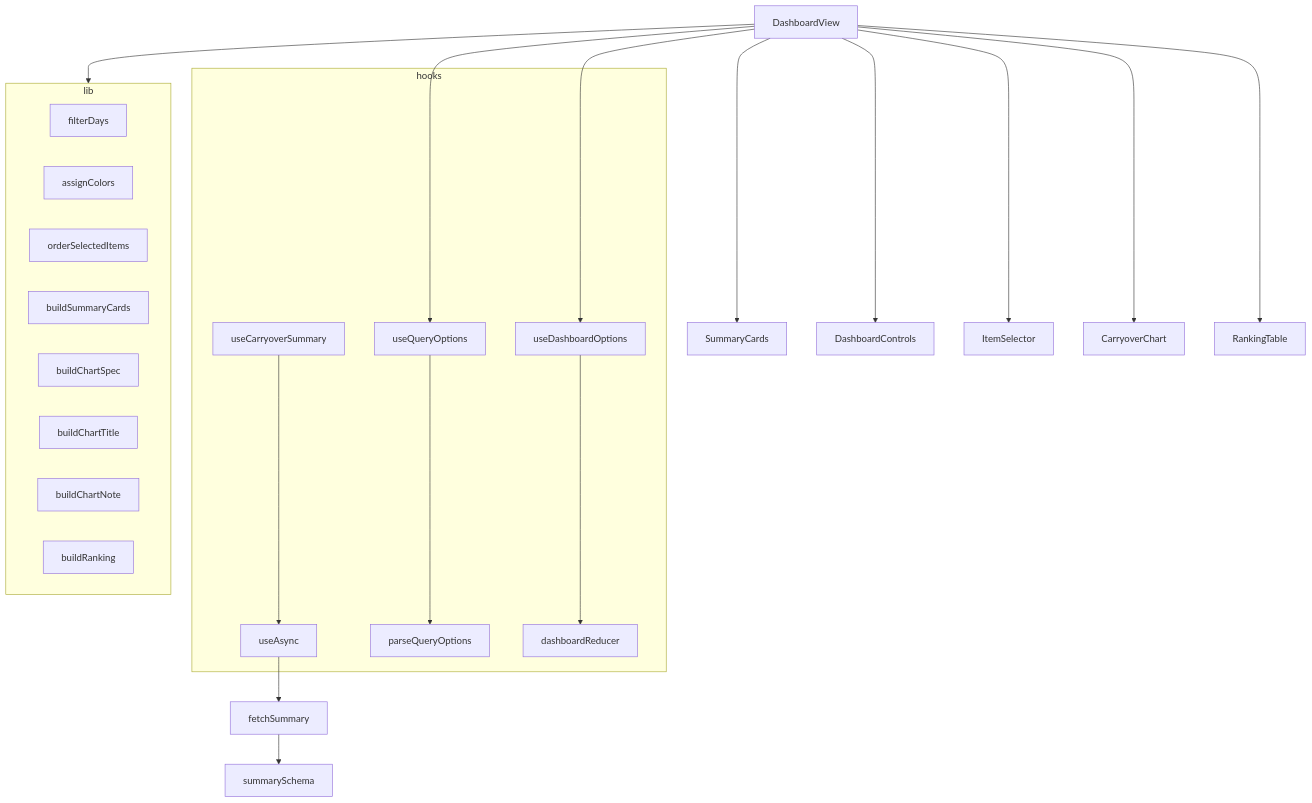
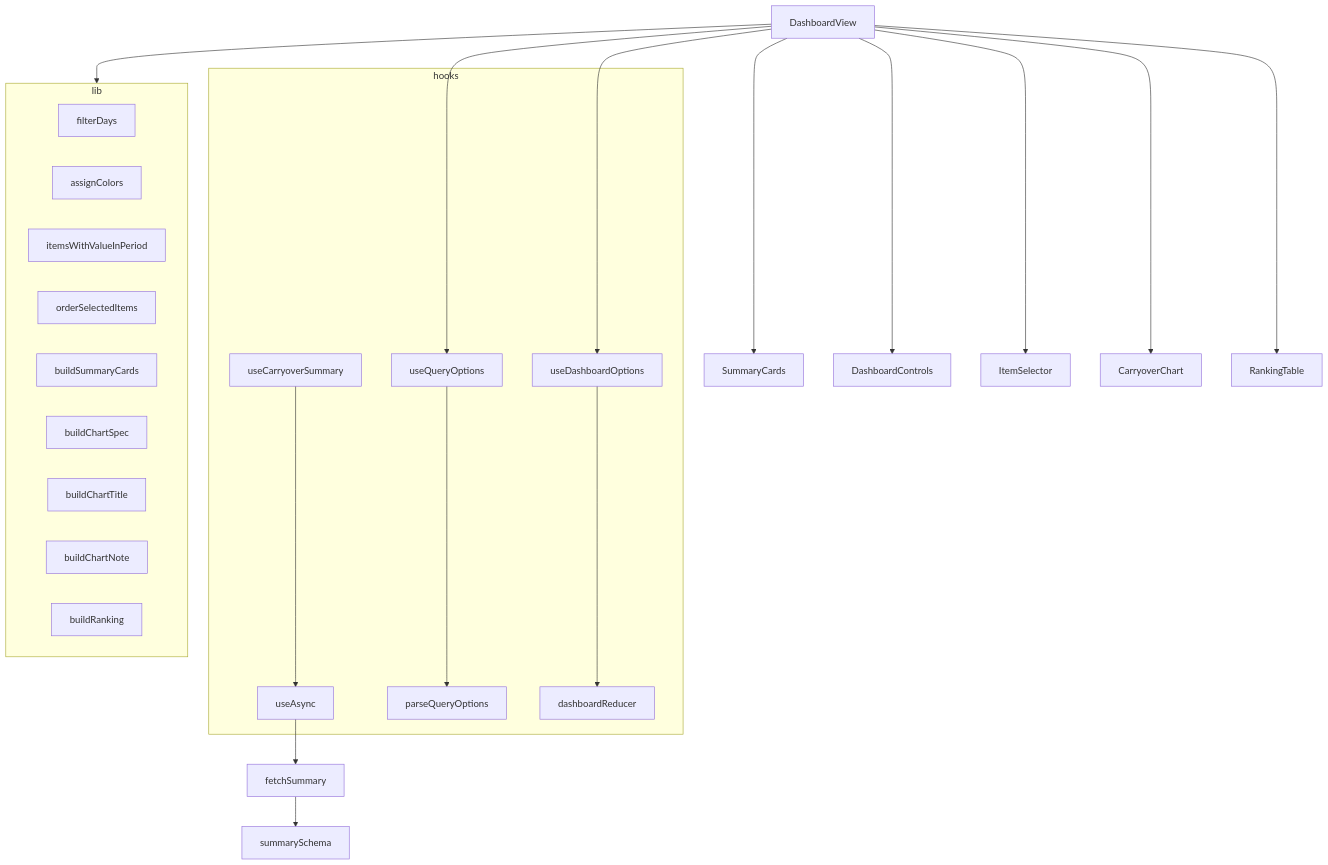
Before and after one commit to KenichiroArai/kb002_daily-tasks_doc: the first of 2 diagrams in docs/design/frontend/04-modules.md, drawn with Mermaid. The commit also changed other lines of this file and 1 other file, not shown here.

````diff
--- a/docs/design/frontend/04-modules.md
+++ b/docs/design/frontend/04-modules.md
@@ -9,28 +9,29 @@
 ```mermaid
 flowchart TB
   subgraph hooksLayer [hooks]
     useCarryoverSummary --> useAsync
     useQueryOptions --> parseQueryOptions
     useDashboardOptions --> dashboardReducer
   end
   subgraph libLayer [lib]
     filterDays
     assignColors
+    itemsWithValueInPeriod
     orderSelectedItems
     buildSummaryCards
     buildChartSpec
     buildChartTitle
     buildChartNote
     buildRanking
   end
   useAsync --> fetchSummary
   fetchSummary --> summarySchema
   DashboardView --> useQueryOptions
   DashboardView --> useDashboardOptions
   DashboardView --> libLayer
   DashboardView --> SummaryCards
   DashboardView --> DashboardControls
   DashboardView --> ItemSelector
   DashboardView --> CarryoverChart
   DashboardView --> RankingTable
 ```
````
